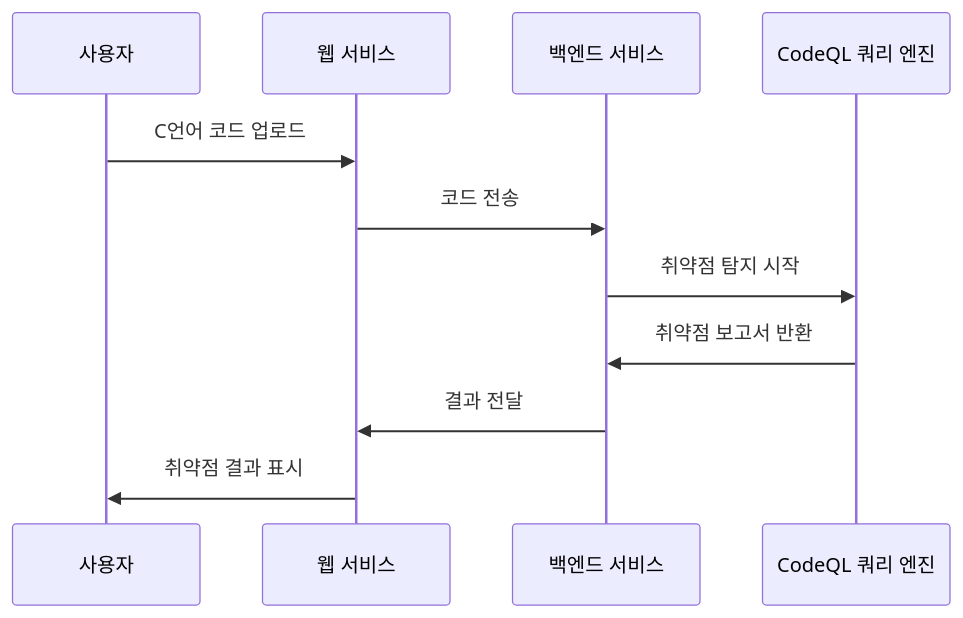
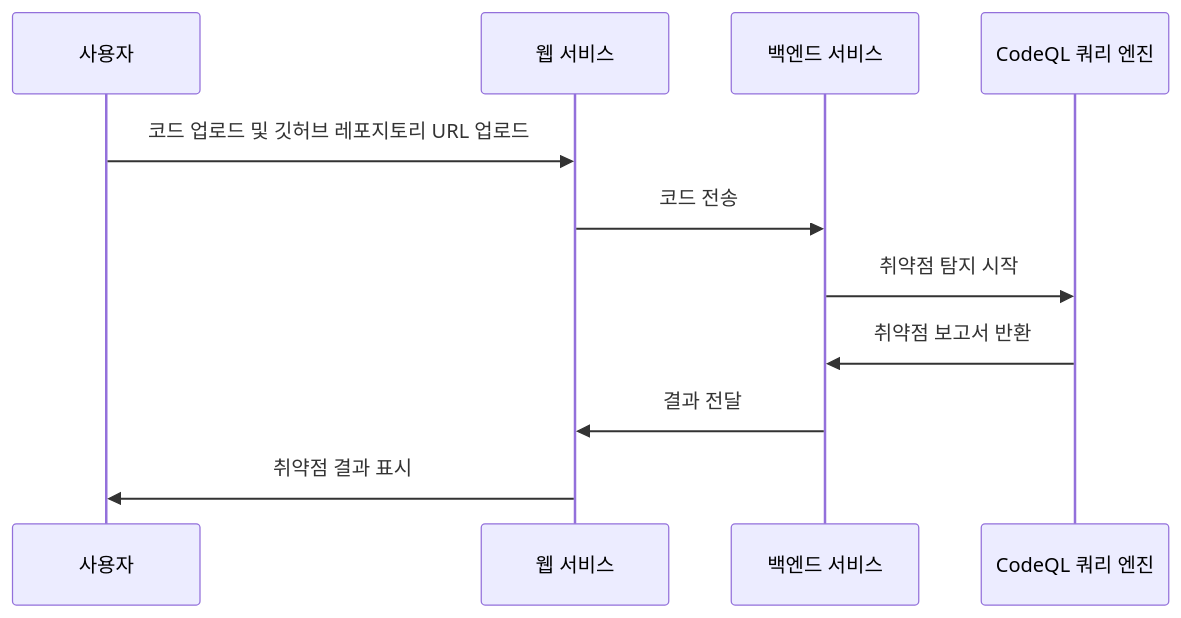
Before and after one commit to realsung/VulnFinder-CodeQL: the diagram in README.md, drawn with Mermaid.

````diff
--- a/README.md
+++ b/README.md
@@ -7,14 +7,14 @@
 ```mermaid
 sequenceDiagram
     participant User as 사용자
     participant WebService as 웹 서비스
     participant Backend as 백엔드 서비스
     participant CodeQL as CodeQL 쿼리 엔진
 
-    User->>WebService: C언어 코드 업로드
+    User->>WebService: 코드 업로드 및 깃허브 레포지토리 URL 업로드
     WebService->>Backend: 코드 전송
     Backend->>CodeQL: 취약점 탐지 시작
     CodeQL->>Backend: 취약점 보고서 반환
     Backend->>WebService: 결과 전달
     WebService->>User: 취약점 결과 표시
 ```
````
